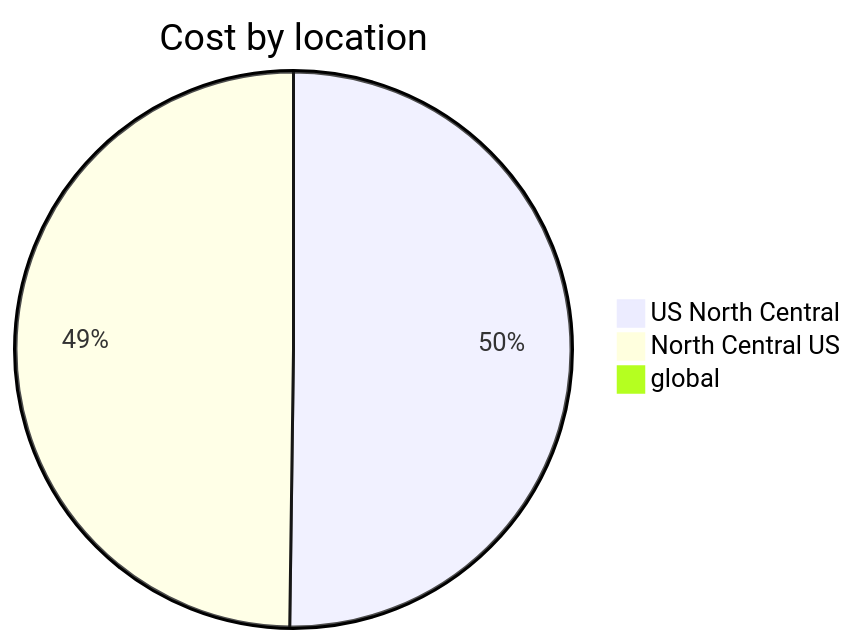
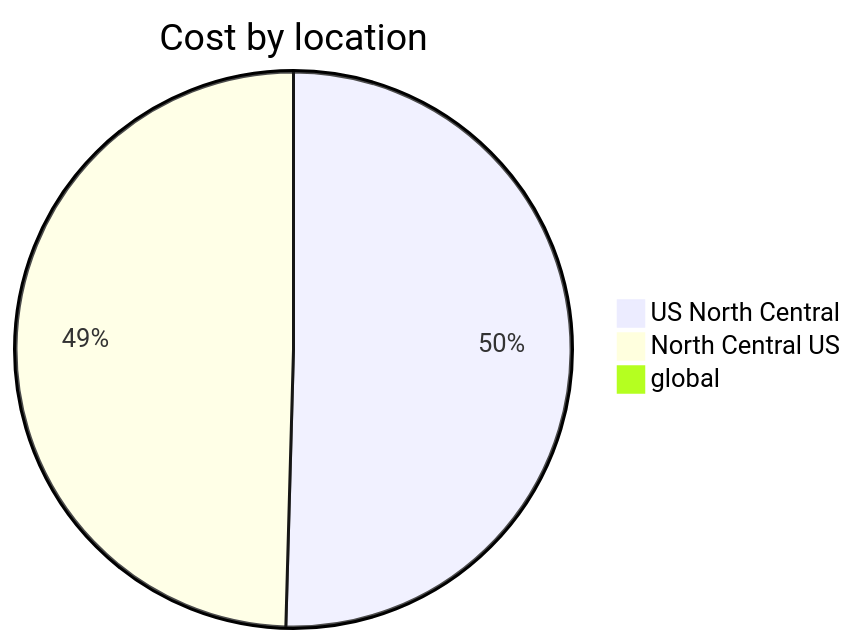
Before and after one commit to jpfulton/azure-personal-reports: the third of 4 diagrams in cost-reports/personal-network/README.md, drawn with Mermaid. The commit also changed other lines of this file and 8 other files, not shown here.

````diff
--- a/cost-reports/personal-network/README.md
+++ b/cost-reports/personal-network/README.md
@@ -113,7 +117,7 @@
 ```mermaid
 pie
    title Cost by location
-   "US North Central" : 24.39
-   "North Central US" : 24.18
-   "global" : 0.45
+   "US North Central" : 25.25
+   "North Central US" : 24.81
+   "global" : 0.47
 ```
````
